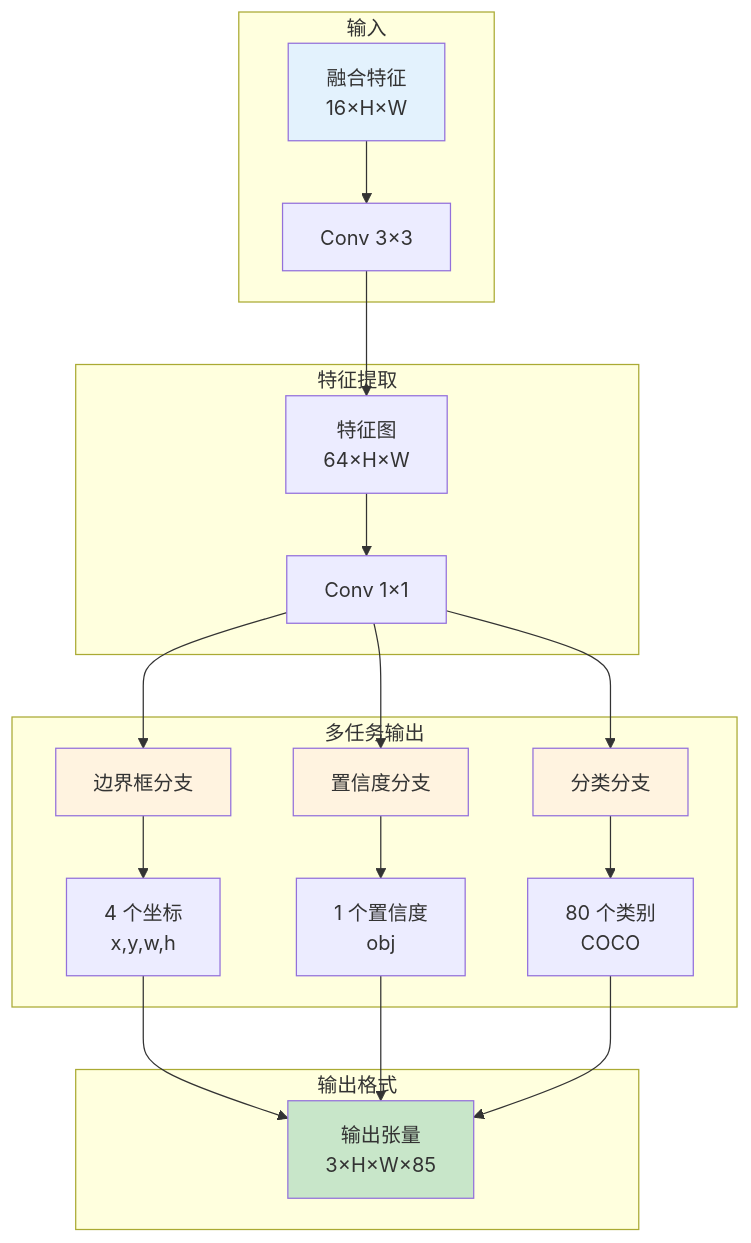
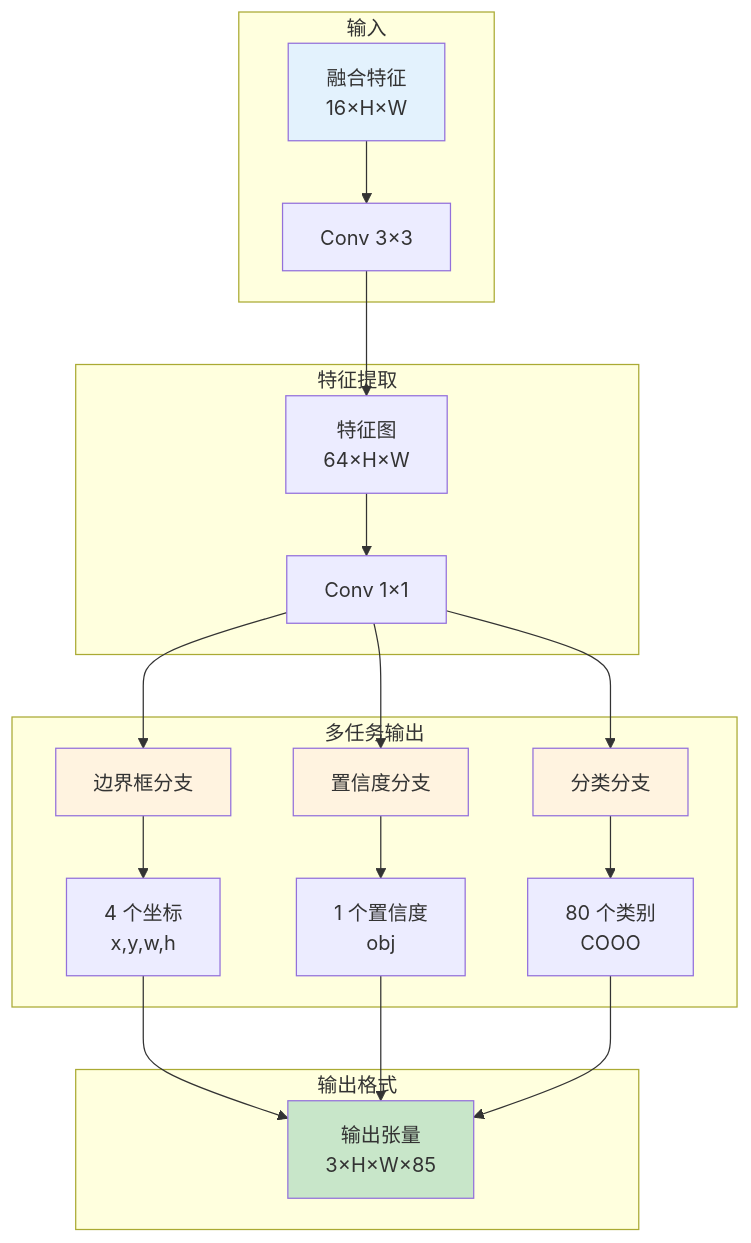
One commit to moonway0127/yolo_low_light_enhance changed the eighth of 14 diagrams in README.md. Above: the diagram before and after it, drawn with Mermaid. The commit also changed other lines of this file and 1 other file, not shown here.

````diff
--- a/README.md
+++ b/README.md
@@ -151,33 +298,33 @@
 ```mermaid
 graph TB
     subgraph 输入
         A[融合特征<br/>16×H×W] --> B[Conv 3×3]
     end
     
     subgraph 特征提取
         B --> C[特征图<br/>64×H×W]
         C --> D[Conv 1×1]
     end
     
     subgraph 多任务输出
         D --> E[边界框分支]
         D --> F[置信度分支]
         D --> G[分类分支]
         
         E --> H[4 个坐标<br/>x,y,w,h]
         F --> I[1 个置信度<br/>obj]
-        G --> J[80 个类别<br/>COCO]
+        G --> J[80 个类别<br/>COOO]
     end
     
     subgraph 输出格式
         H --> K[输出张量<br/>3×H×W×85]
         I --> K
         J --> K
     end
     
     style A fill:#e3f2fd
     style K fill:#c8e6c9
     style E fill:#fff3e0
     style F fill:#fff3e0
     style G fill:#fff3e0
 ```
````
